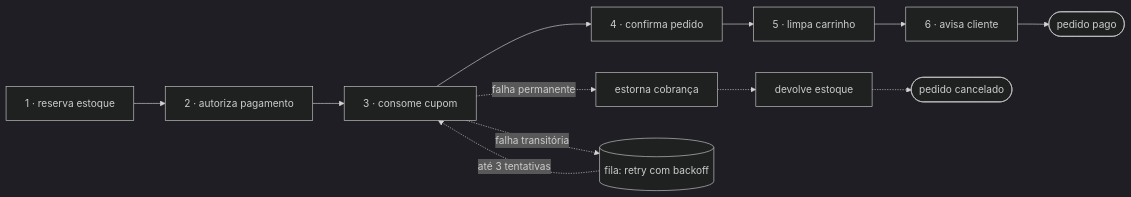
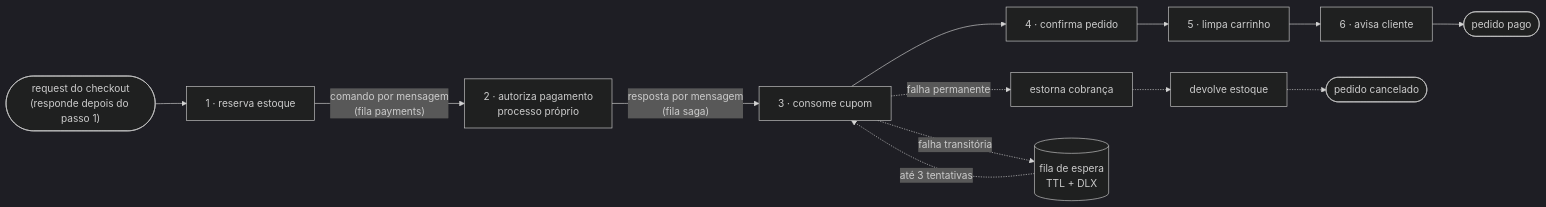
One commit to FlavioVic/dystopia changed the diagram in README.md. Above: the diagram before and after it, drawn with Mermaid (dark theme). The commit also changed other lines of this file and 12 other files, not shown here.

````diff
--- a/README.md
+++ b/README.md
@@ -150,11 +79,13 @@
 ```mermaid
 flowchart LR
-    S1[1 · reserva estoque] --> S2[2 · autoriza pagamento] --> S3[3 · consome cupom]
+    REQ(["request do checkout<br/>(responde depois do passo 1)"]) --> S1[1 · reserva estoque]
+    S1 -- "comando por mensagem<br/>(fila payments)" --> S2[2 · autoriza pagamento<br/>processo próprio]
+    S2 -- "resposta por mensagem<br/>(fila saga)" --> S3[3 · consome cupom]
     S3 --> S4[4 · confirma pedido] --> S5[5 · limpa carrinho] --> S6[6 · avisa cliente] --> OK([pedido pago])
 
     S3 -. falha permanente .-> C2[estorna cobrança]
     C2 -.-> C1[devolve estoque] -.-> X([pedido cancelado])
 
-    S3 -. falha transitória .-> Q[(fila: retry com backoff)]
-    Q -. até 3 tentativas .-> S3
+    S3 -. falha transitória .-> Q[(fila de espera<br/>TTL + DLX)]
+    Q -. "até 3 tentativas" .-> S3
 ```
````
